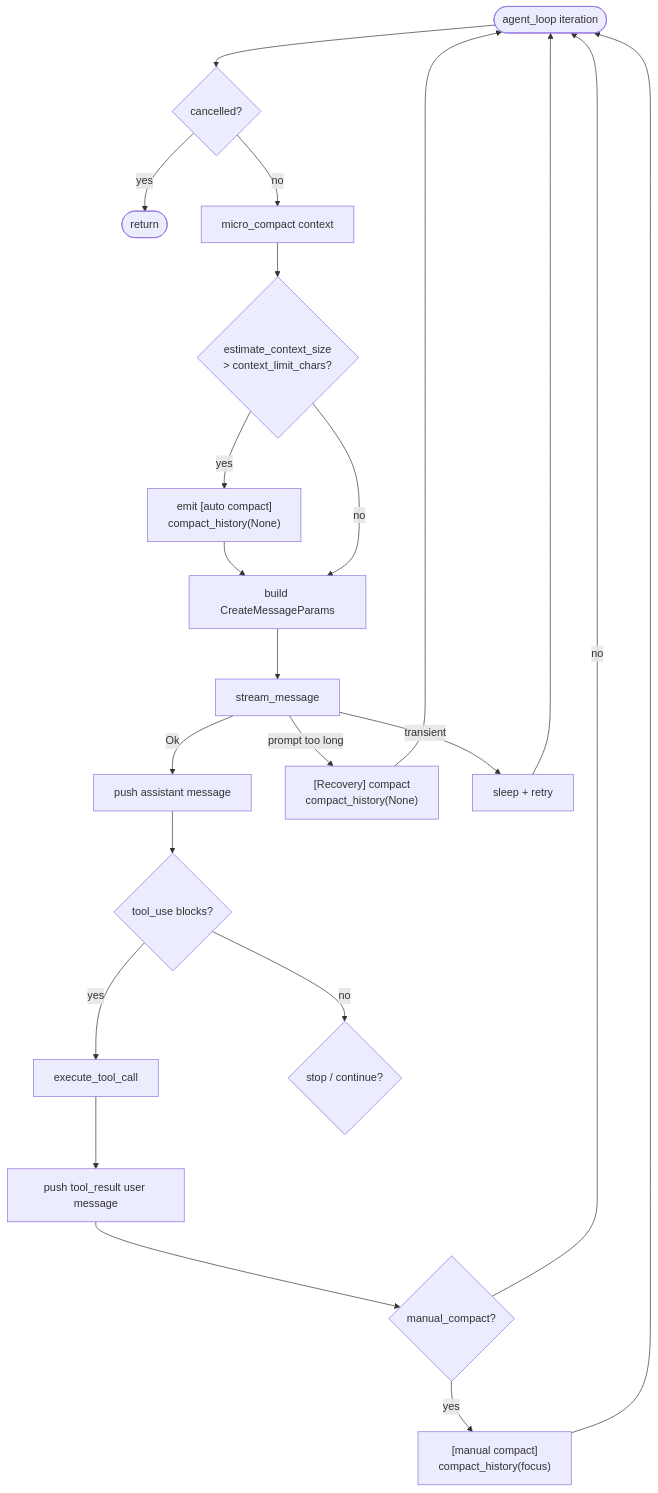
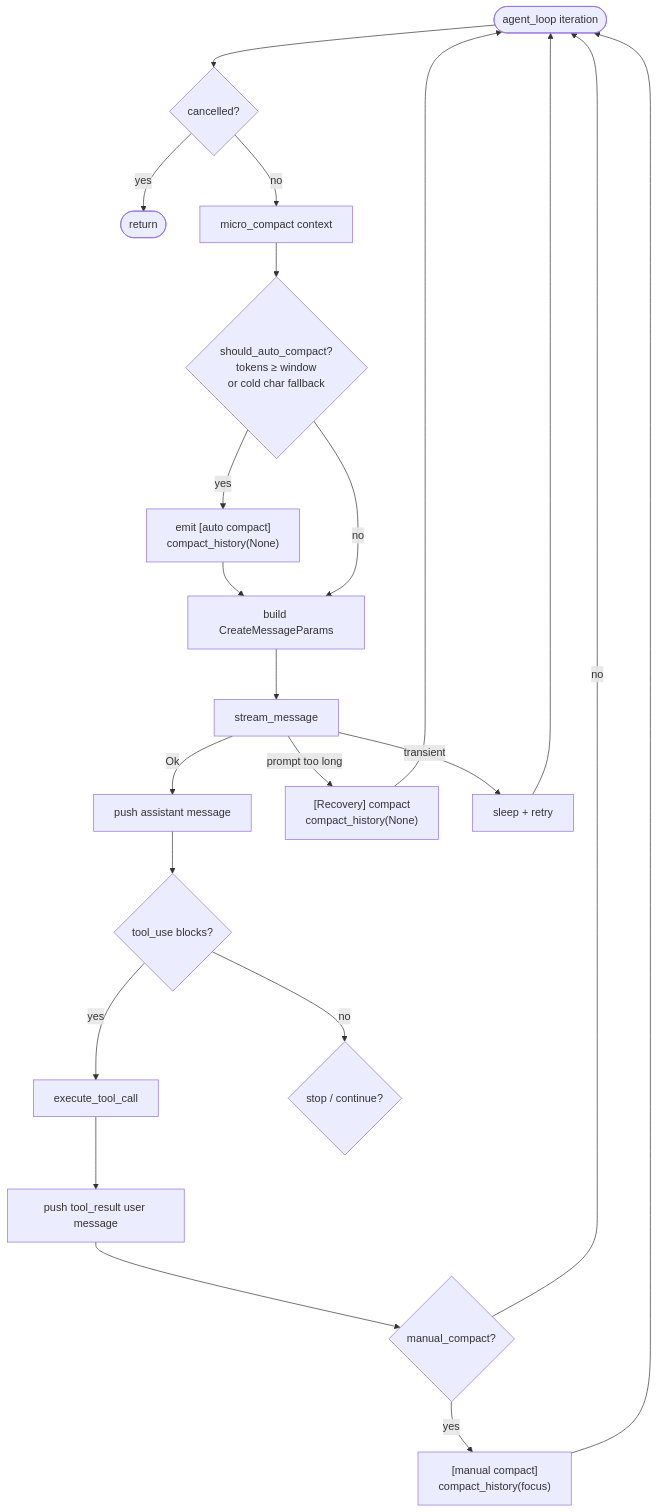
The third of 14 diagrams in book/05_chapter_compact.md (rust-infra/tact), drawn with Mermaid before and after one commit. The commit also changed other lines of this file and 9 other files, not shown here.

First line of the commit message:
docs: document model_context_window and context usage meter

````diff
--- a/book/05_chapter_compact.md
+++ b/book/05_chapter_compact.md
@@ -84,24 +84,24 @@
 ```mermaid
 flowchart TD
     Start([agent_loop iteration]) --> Cancel{cancelled?}
     Cancel -->|yes| Exit([return])
     Cancel -->|no| MC[micro_compact context]
-    MC --> Size{estimate_context_size<br/>> context_limit_chars?}
+    MC --> Size{should_auto_compact?<br/>tokens ≥ window<br/>or cold char fallback}
     Size -->|yes| Auto["emit [auto compact]<br/>compact_history(None)"]
     Auto --> Build
     Size -->|no| Build[build CreateMessageParams]
     Build --> Stream[stream_message]
     Stream -->|Ok| Assist[push assistant message]
     Stream -->|prompt too long| Rec["[Recovery] compact<br/>compact_history(None)"]
     Rec --> Start
     Stream -->|transient| Backoff[sleep + retry]
     Backoff --> Start
     Assist --> Tools{tool_use blocks?}
     Tools -->|yes| Exec[execute_tool_call]
     Exec --> Persist[push tool_result user message]
     Persist --> Man{manual_compact?}
     Man -->|yes| MC2["[manual compact]<br/>compact_history(focus)"]
     MC2 --> Start
     Man -->|no| Start
     Tools -->|no| Done{stop / continue?}
 ```
````
